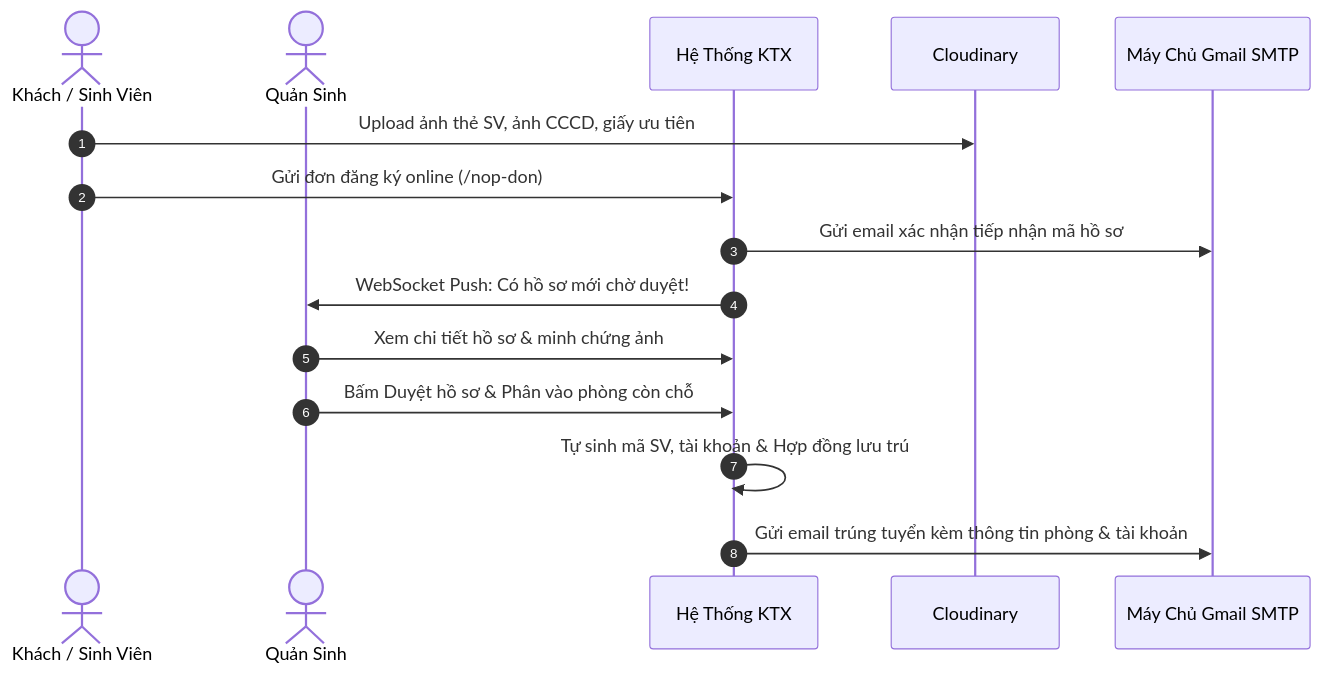
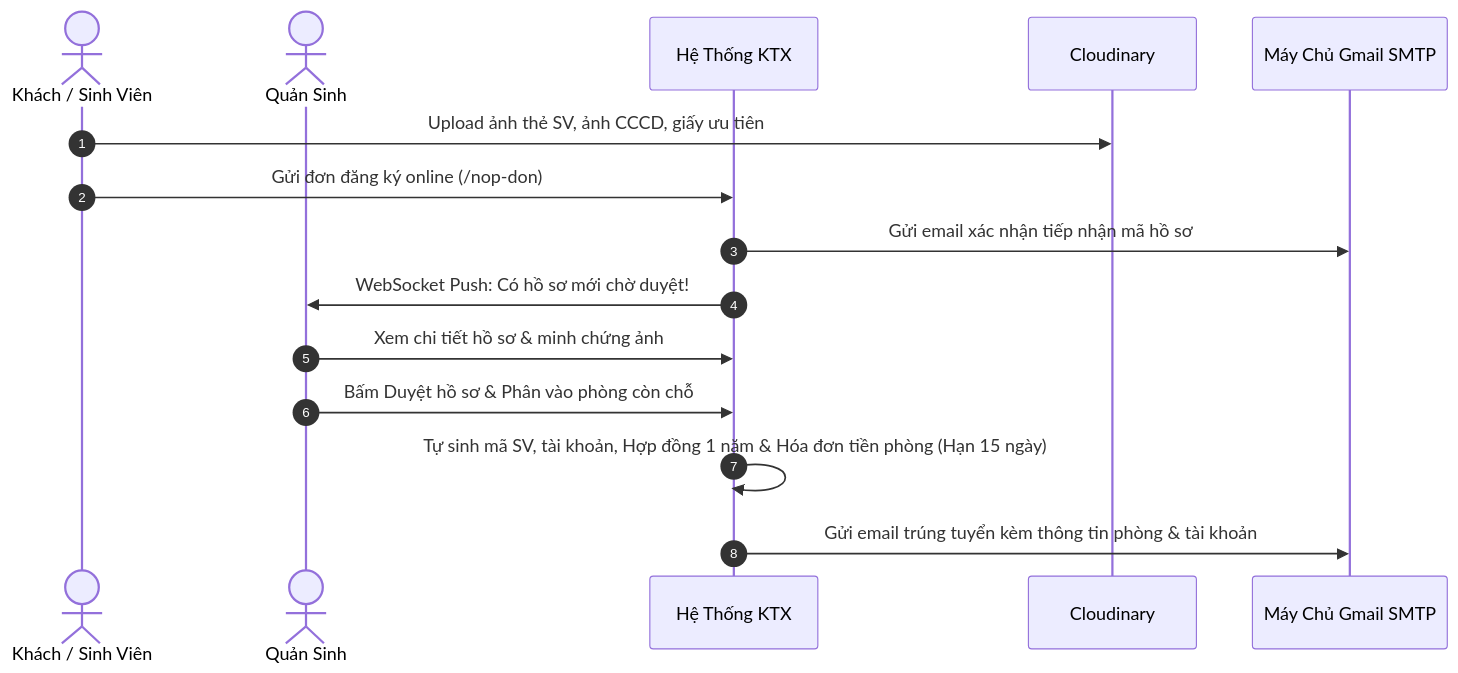
The first of 3 diagrams in README.md (duyquang2204/dormitory-management), drawn with Mermaid before and after one commit. The commit also changed other lines of this file and 28 other files, not shown here.

````diff
--- a/README.md
+++ b/README.md
@@ -231,18 +246,18 @@
 ```mermaid
 sequenceDiagram
     autonumber
     actor G as Khách / Sinh Viên
     actor QS as Quản Sinh
     participant SYS as Hệ Thống KTX
     participant CLD as Cloudinary
     participant MAIL as Máy Chủ Gmail SMTP
     
     G->>CLD: Upload ảnh thẻ SV, ảnh CCCD, giấy ưu tiên
     G->>SYS: Gửi đơn đăng ký online (/nop-don)
     SYS->>MAIL: Gửi email xác nhận tiếp nhận mã hồ sơ
     SYS->>QS: WebSocket Push: Có hồ sơ mới chờ duyệt!
     QS->>SYS: Xem chi tiết hồ sơ & minh chứng ảnh
     QS->>SYS: Bấm Duyệt hồ sơ & Phân vào phòng còn chỗ
-    SYS->>SYS: Tự sinh mã SV, tài khoản & Hợp đồng lưu trú
+    SYS->>SYS: Tự sinh mã SV, tài khoản, Hợp đồng 1 năm & Hóa đơn tiền phòng (Hạn 15 ngày)
     SYS->>MAIL: Gửi email trúng tuyển kèm thông tin phòng & tài khoản
 ```
````
